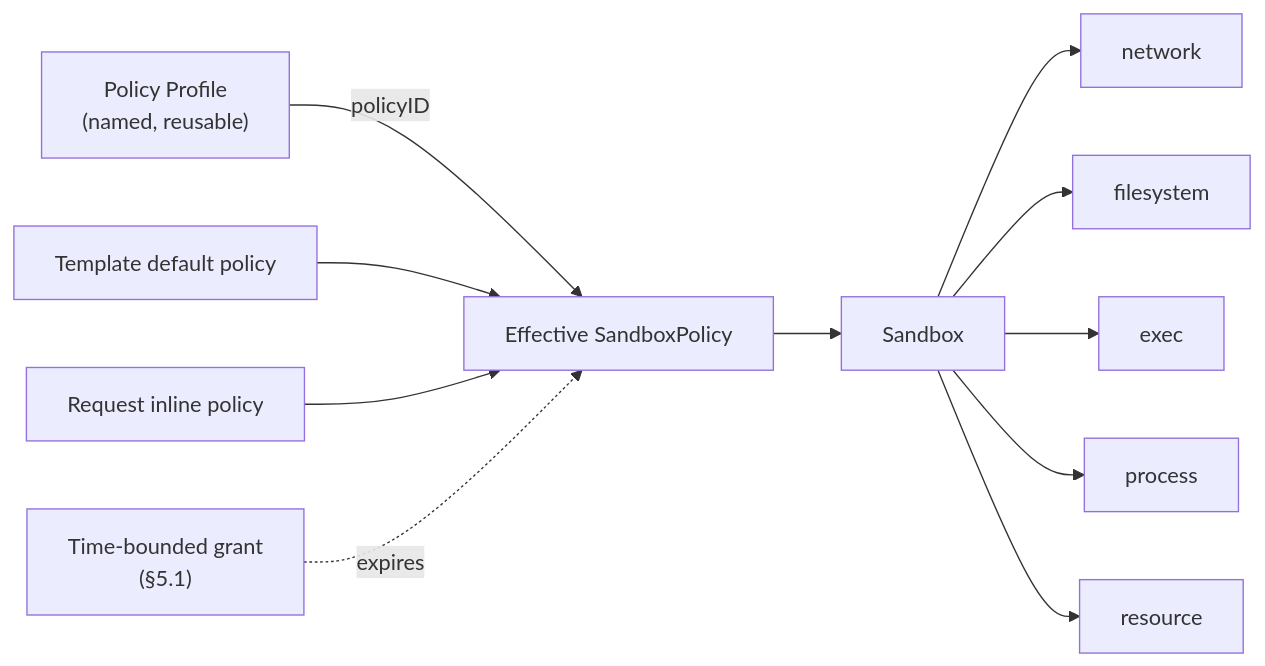
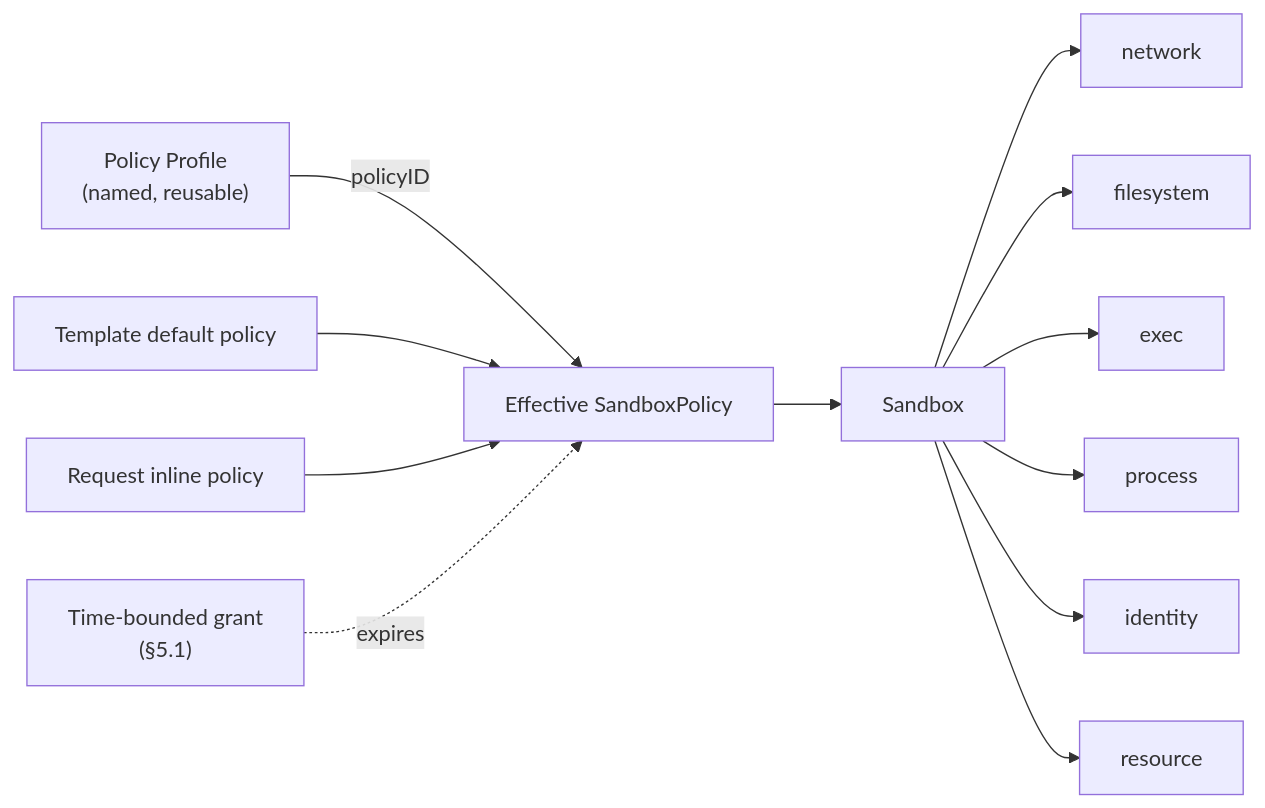
The diagram in specs/0001-sandbox-security-policy/en/overview.md (cloudapp-group/sandbox-policy-spec), drawn with Mermaid before and after one commit. The commit also changed other lines of this file and 15 other files, not shown here.

````diff
--- a/specs/0001-sandbox-security-policy/en/overview.md
+++ b/specs/0001-sandbox-security-policy/en/overview.md
@@ -115,13 +119,14 @@
 ```mermaid
 flowchart LR
     P["Policy Profile<br/>(named, reusable)"] -->|policyID| M
     T["Template default policy"] --> M["Effective SandboxPolicy"]
     R["Request inline policy"] --> M
     G["Time-bounded grant<br/>(§5.1)"] -.->|expires| M
     M --> S["Sandbox"]
     S --> D1["network"]
     S --> D2["filesystem"]
     S --> D3["exec"]
     S --> D4["process"]
-    S --> D5["resource"]
+    S --> D5["identity"]
+    S --> D6["resource"]
 ```
````
